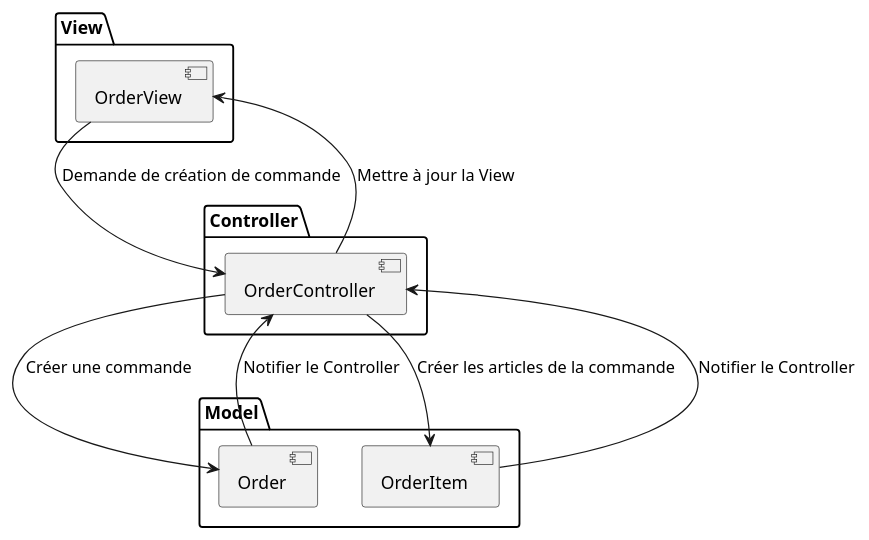
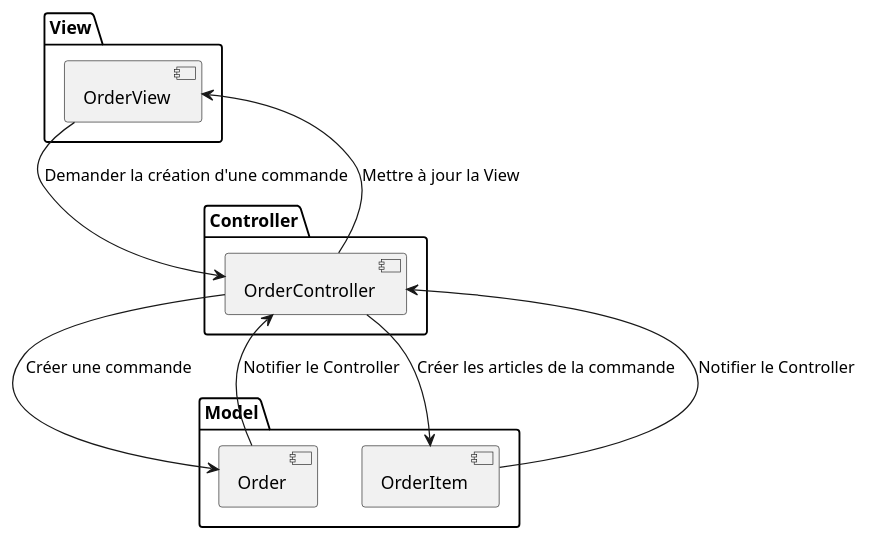
The diagram in docs/views/component.puml (guteacher/log430-a25-labo2), drawn with PlantUML before and after one commit.

```diff
--- a/docs/views/component.puml
+++ b/docs/views/component.puml
@@ -1,21 +1,21 @@
 @startuml
 package View {
     [OrderView] 
 }
 
 package Controller {
     [OrderController] 
 }
 
 package Model {
     [Order] 
     [OrderItem]
 }
 
-[OrderView] --> [OrderController] : Demande de création de commande
+[OrderView] --> [OrderController] : Demander la création d'une commande
 [OrderController] --> [Order] : Créer une commande
 [OrderController] --> [OrderItem] : Créer les articles de la commande
 [OrderItem] --> [OrderController] : Notifier le Controller
 [Order] --> [OrderController] : Notifier le Controller
 [OrderController] --> [OrderView] : Mettre à jour la View 
 @enduml
```
